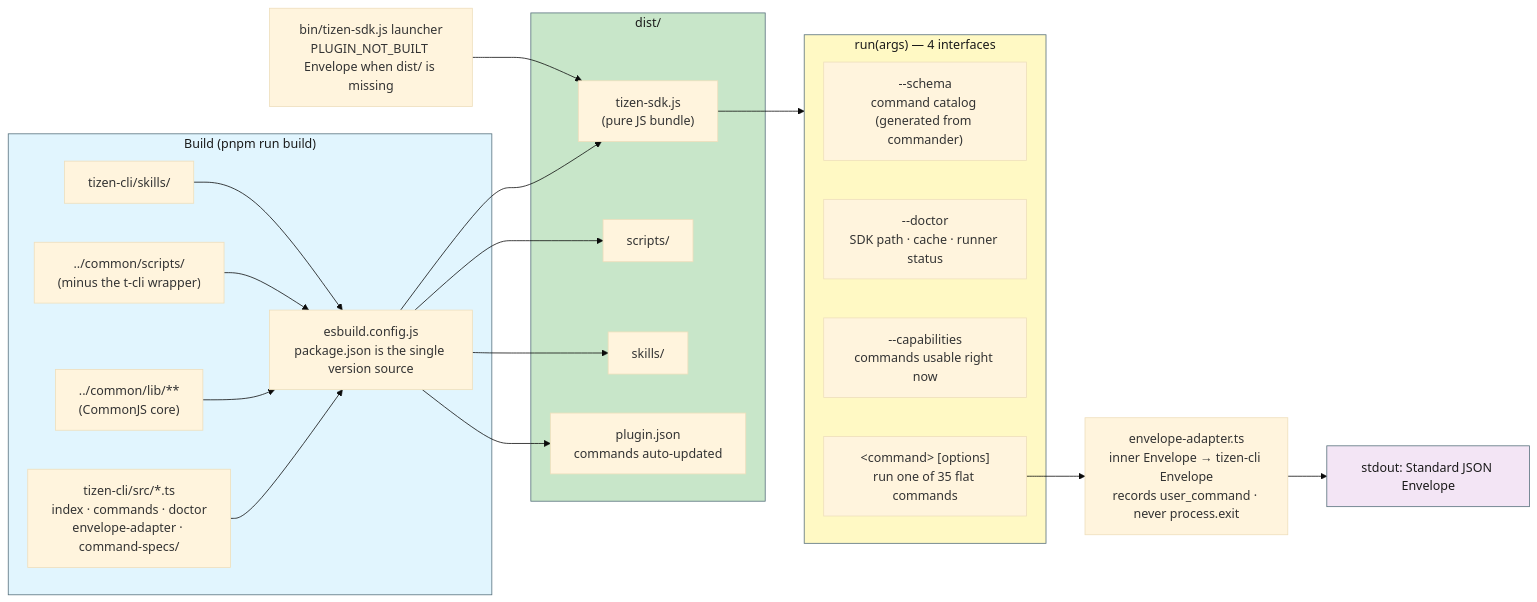
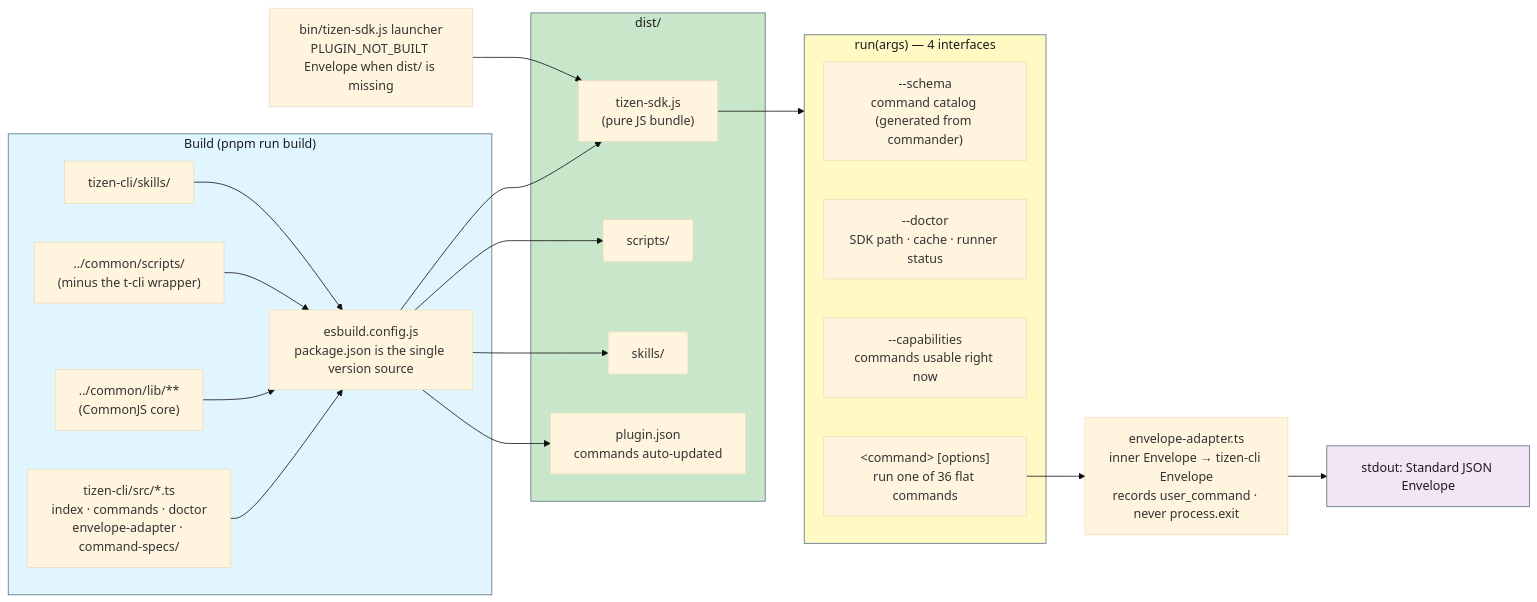
The seventh of 10 diagrams in tizen-sdk-skills/docs/ARCHITECTURE_DIAGRAMS.en.md (Samsung/tizen-agent-skills), drawn with Mermaid (base theme) before and after one commit. The commit also changed other lines of this file and 40 other files, not shown here.

````diff
--- a/tizen-sdk-skills/docs/ARCHITECTURE_DIAGRAMS.en.md
+++ b/tizen-sdk-skills/docs/ARCHITECTURE_DIAGRAMS.en.md
@@ -314,41 +314,41 @@
 ```mermaid
 graph LR
     subgraph BUILD["Build (pnpm run build)"]
         SRC_TS["tizen-cli/src/*.ts<br/>index · commands · doctor<br/>envelope-adapter · command-specs/"]
         C_LIB["../common/lib/**<br/>(CommonJS core)"]
         C_SCR["../common/scripts/<br/>(minus the t-cli wrapper)"]
         C_SK["tizen-cli/skills/"]
         ESB["esbuild.config.js<br/>package.json is the single version source"]
     end
 
     subgraph DIST["dist/"]
         BUNDLE["tizen-sdk.js<br/>(pure JS bundle)"]
         D_SCR["scripts/"]
         D_SK["skills/"]
         PJ["plugin.json<br/>commands auto-updated"]
     end
 
     LAUNCHER["bin/tizen-sdk.js launcher<br/>PLUGIN_NOT_BUILT Envelope when dist/ is missing"]
 
     subgraph IFACE["run(args) — 4 interfaces"]
         I1["--schema<br/>command catalog (generated from commander)"]
         I2["--doctor<br/>SDK path · cache · runner status"]
         I3["--capabilities<br/>commands usable right now"]
-        I4["&lt;command&gt; [options]<br/>run one of 35 flat commands"]
+        I4["&lt;command&gt; [options]<br/>run one of 36 flat commands"]
     end
 
     ADAPT["envelope-adapter.ts<br/>inner Envelope → tizen-cli Envelope<br/>records user_command · never process.exit"]
 
     SRC_TS & C_LIB --> ESB --> BUNDLE
     C_SCR --> ESB --> D_SCR
     C_SK --> ESB --> D_SK
     ESB --> PJ
     LAUNCHER --> BUNDLE
     BUNDLE --> IFACE
     I4 --> ADAPT --> OUT["stdout: Standard JSON Envelope"]
 
     style BUILD fill:#e1f5fe,stroke:#546e7a,color:#1a1a1a
     style DIST fill:#c8e6c9,stroke:#546e7a,color:#1a1a1a
     style IFACE fill:#fff9c4,stroke:#546e7a,color:#1a1a1a
     style OUT fill:#f3e5f5,stroke:#546e7a,color:#1a1a1a
 ```
````
